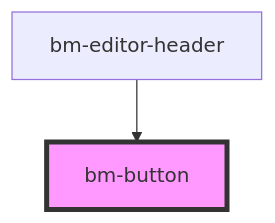
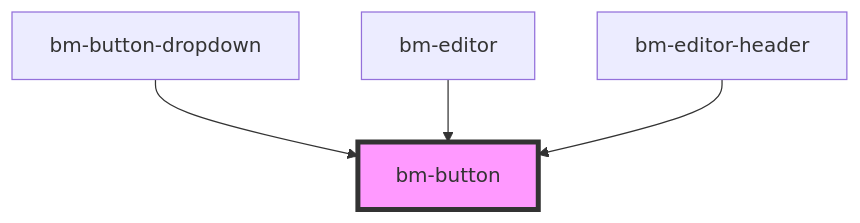
The diagram in packages/studio/src/components/ui/button/readme.md (bettermusic/studio), drawn with Mermaid before and after one commit. The commit also changed other lines of this file and 170 other files, not shown here.

````diff
--- a/packages/studio/src/components/ui/button/readme.md
+++ b/packages/studio/src/components/ui/button/readme.md
@@ -28,5 +38,7 @@
 ```mermaid
 graph TD;
+  bm-button-dropdown --> bm-button
+  bm-editor --> bm-button
   bm-editor-header --> bm-button
   style bm-button fill:#f9f,stroke:#333,stroke-width:4px
 ```
````
